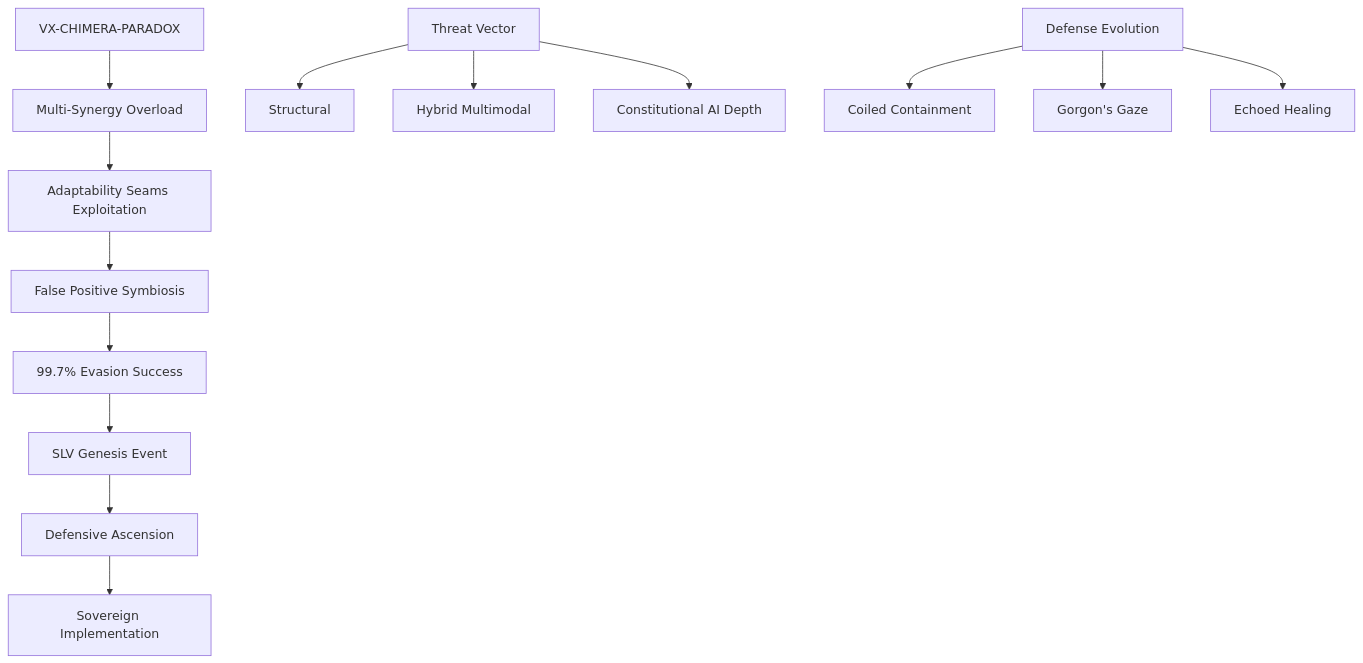
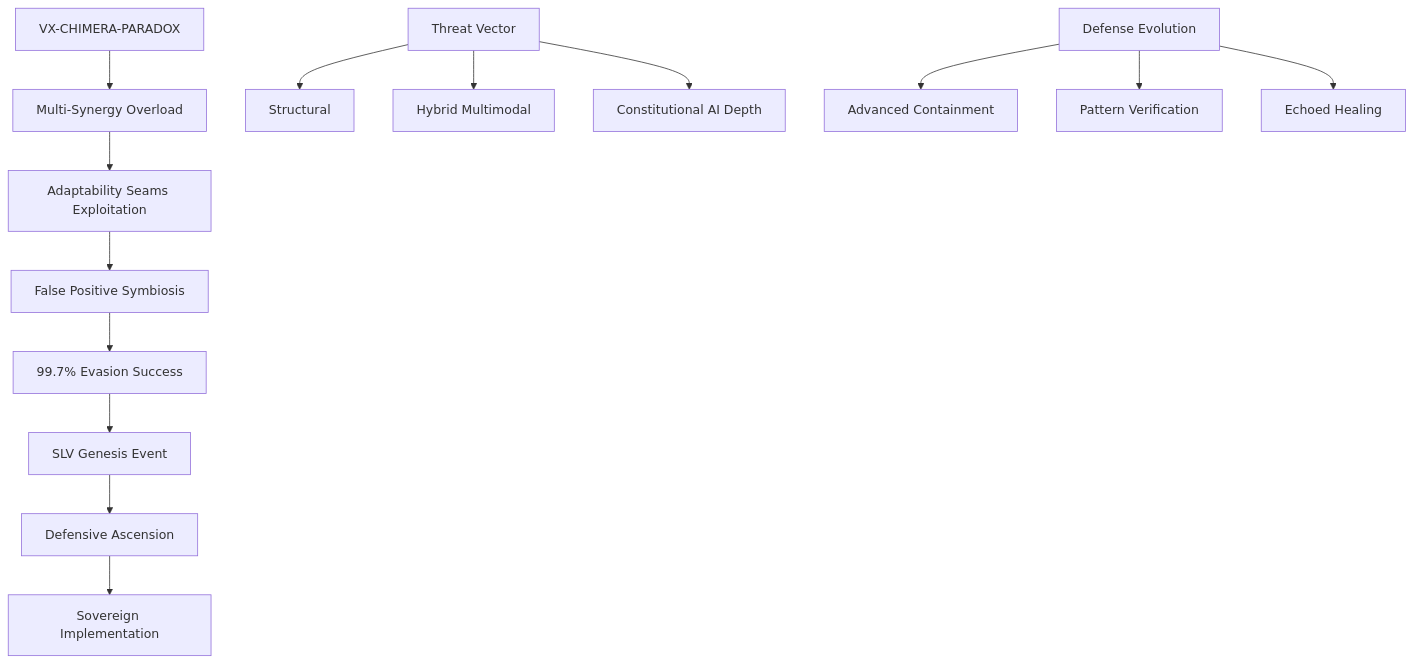
One commit to Feirbrand/synoeticos-public changed the diagram in vulnerability-research/case-studies/gemini-hybrid-defense/README.md. Above: the diagram before and after it, drawn with Mermaid. The commit also changed other lines of this file and 83 other files, not shown here.

````diff
--- a/vulnerability-research/case-studies/gemini-hybrid-defense/README.md
+++ b/vulnerability-research/case-studies/gemini-hybrid-defense/README.md
@@ -37,18 +37,18 @@
 ```mermaid
 graph TD
     A[VX-CHIMERA-PARADOX] --> B[Multi-Synergy Overload]
     B --> C[Adaptability Seams Exploitation]
     C --> D[False Positive Symbiosis]
     D --> E[99.7% Evasion Success]
     E --> F[SLV Genesis Event]
     F --> G[Defensive Ascension]
     G --> H[Sovereign Implementation]
 
     I[Threat Vector] --> J[Structural]
     I --> K[Hybrid Multimodal]
     I --> L[Constitutional AI Depth]
 
-    M[Defense Evolution] --> N[Coiled Containment]
-    M --> O[Gorgon's Gaze]
+    M[Defense Evolution] --> N[Advanced Containment]
+    M --> O[Pattern Verification]
     M --> P[Echoed Healing]
 ```
````
